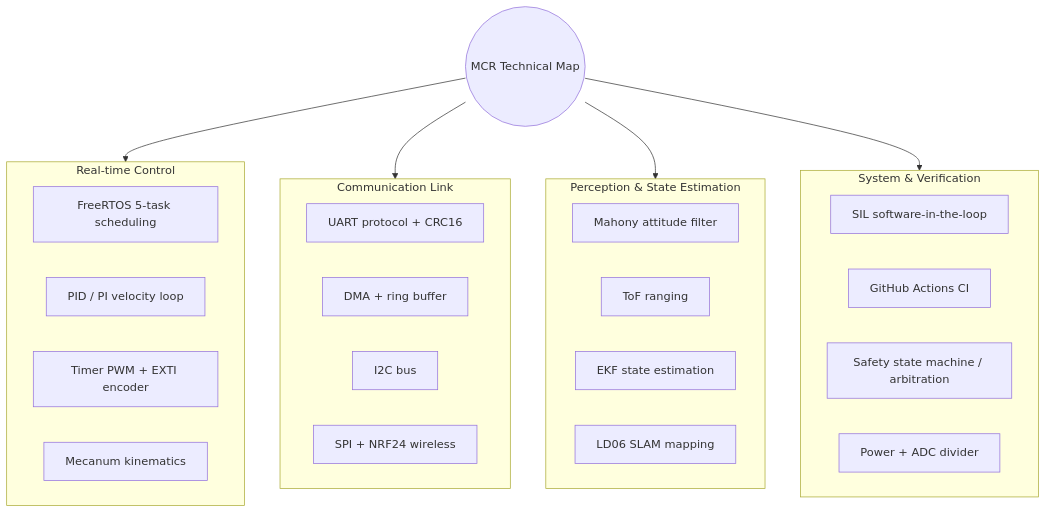
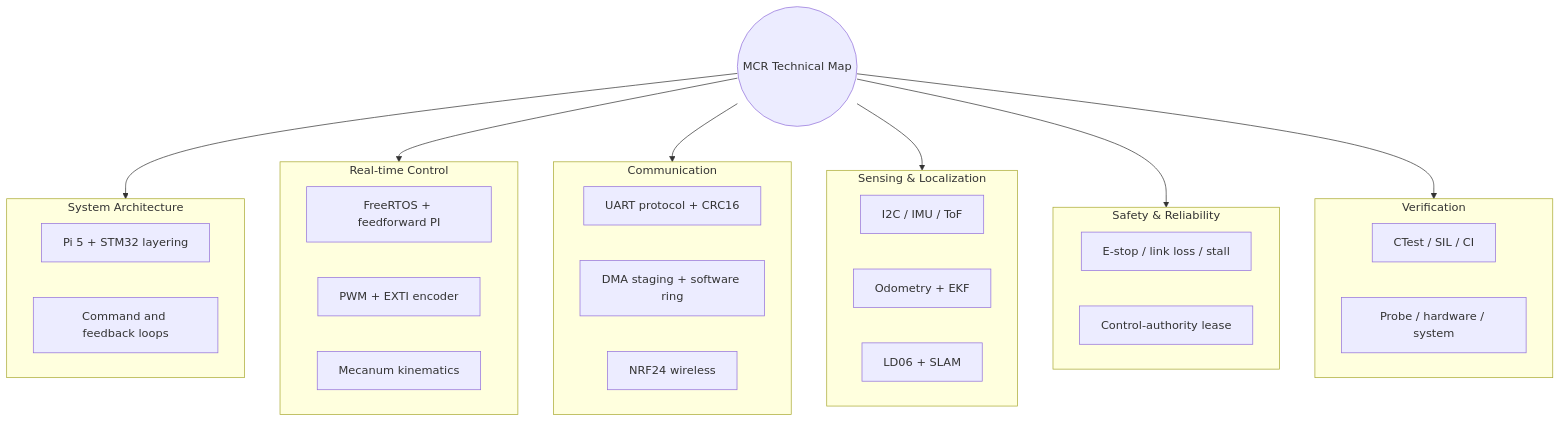
Before and after one commit to finnyoun9/mecanum-robot: the second of 2 diagrams in README_EN.md, drawn with Mermaid. The commit also changed other lines of this file and 8 other files, not shown here.

First line of the commit message:
docs: split technical map into six topic pages, sync README diagrams

````diff
--- a/README_EN.md
+++ b/README_EN.md
@@ -101,37 +101,44 @@
 ```mermaid
 flowchart TB
     ROOT((MCR Technical Map))
 
-    subgraph RT[Real-time Control]
-        RT1[FreeRTOS 5-task scheduling]
-        RT2[PID / PI velocity loop]
-        RT3[Timer PWM + EXTI encoder]
-        RT4[Mecanum kinematics]
+    subgraph ARCH[System Architecture]
+        A1[Pi 5 + STM32 layering]
+        A2[Command and feedback loops]
     end
 
-    subgraph COMM[Communication Link]
-        C1[UART protocol + CRC16]
-        C2[DMA + ring buffer]
-        C3[I2C bus]
-        C4[SPI + NRF24 wireless]
+    subgraph RT[Real-time Control]
+        R1[FreeRTOS + feedforward PI]
+        R2[PWM + EXTI encoder]
+        R3[Mecanum kinematics]
     end
 
-    subgraph SENSE[Perception & State Estimation]
-        S1[Mahony attitude filter]
-        S2[ToF ranging]
-        S3[EKF state estimation]
-        S4[LD06 SLAM mapping]
+    subgraph COMM[Communication]
+        C1[UART protocol + CRC16]
+        C2[DMA staging + software ring]
+        C3[NRF24 wireless]
     end
 
-    subgraph SYS[System & Verification]
-        Y1[SIL software-in-the-loop]
-        Y2[GitHub Actions CI]
-        Y3[Safety state machine / arbitration]
-        Y4[Power + ADC divider]
+    subgraph SENSE[Sensing & Localization]
+        S1[I2C / IMU / ToF]
+        S2[Odometry + EKF]
+        S3[LD06 + SLAM]
     end
 
+    subgraph SAFE[Safety & Reliability]
+        F1[E-stop / link loss / stall]
+        F2[Control-authority lease]
+    end
+
+    subgraph VERIFY[Verification]
+        V1[CTest / SIL / CI]
+        V2[Probe / hardware / system]
+    end
+
+    ROOT --> ARCH
     ROOT --> RT
     ROOT --> COMM
     ROOT --> SENSE
-    ROOT --> SYS
+    ROOT --> SAFE
+    ROOT --> VERIFY
 ```
````
